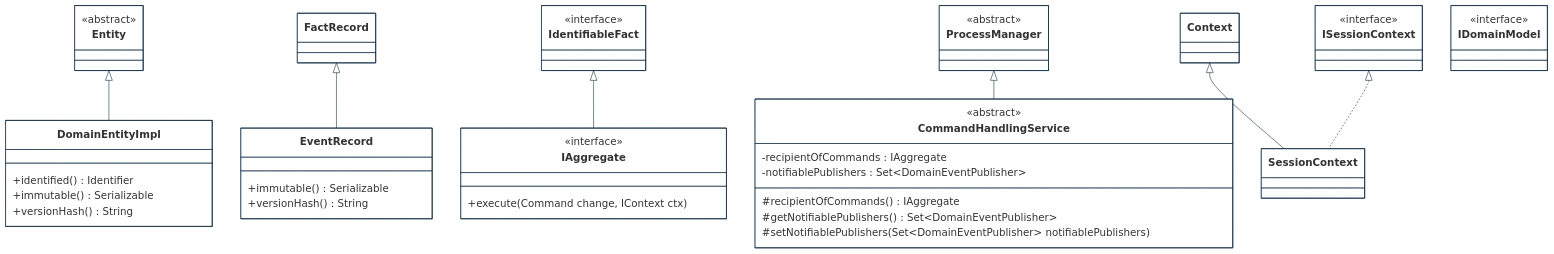
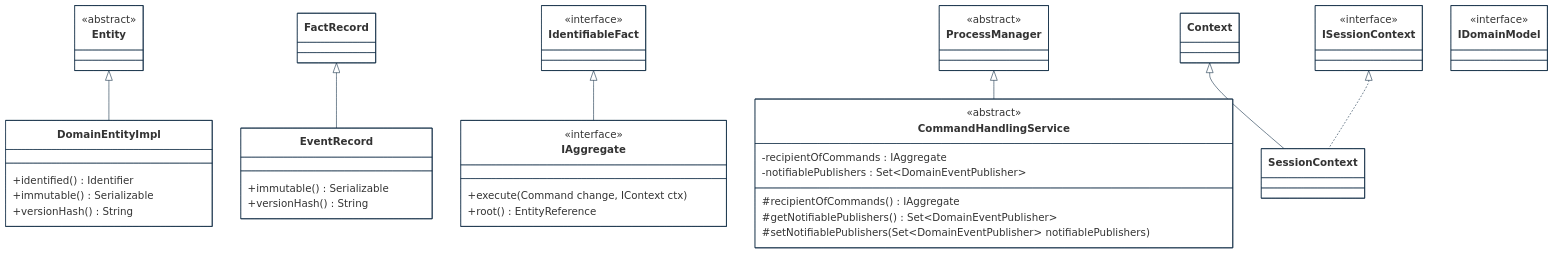
Before and after one commit to cybnity/foundation: the first of 5 diagrams in implementations-line/framework/domain/designview-packages.md, drawn with Mermaid. The commit also changed other lines of this file and 20 other files, not shown here.

````diff
--- a/implementations-line/framework/domain/designview-packages.md
+++ b/implementations-line/framework/domain/designview-packages.md
@@ -42,64 +43,65 @@
 ```mermaid
 %%{
   init: {
     'theme': 'base',
     'themeVariables': {
         'background': '#ffffff',
         'fontFamily': 'arial',
         'fontSize': '18px',
         'primaryColor': '#fff',
         'primaryBorderColor': '#0e2a43',
         'secondaryBorderColor': '#0e2a43',
         'tertiaryBorderColor': '#0e2a43',
         'edgeLabelBackground':'#0e2a43',
         'lineColor': '#0e2a43',
         'tertiaryColor': '#fff'
     }
   }
 }%%
 classDiagram
     Entity <|-- DomainEntityImpl
     FactRecord <|-- EventRecord
     IdentifiableFact <|-- IAggregate
     ProcessManager <|-- CommandHandlingService
     Context <|-- SessionContext
     ISessionContext <|.. SessionContext
 
     class ISessionContext {
         <<interface>>
     }
     class CommandHandlingService {
         <<abstract>>
         -recipientOfCommands : IAggregate
         -notifiablePublishers : Set~DomainEventPublisher~
         #recipientOfCommands() IAggregate
         #getNotifiablePublishers() Set~DomainEventPublisher~
         #setNotifiablePublishers(Set~DomainEventPublisher~ notifiablePublishers)
     }
     class ProcessManager {
         <<abstract>>
     }
     class IdentifiableFact {
         <<interface>>
     }
     class IAggregate {
         <<interface>>
         +execute(Command change, IContext ctx)
+        +root() EntityReference
     }
     class Entity {
         <<abstract>>
     }
     class DomainEntityImpl {
         +identified() Identifier
         +immutable() Serializable
         +versionHash() String
     }
     class EventRecord {
         +immutable() Serializable
         +versionHash() String
     }
     class IDomainModel {
         <<interface>>
     }
 
 ```
````
